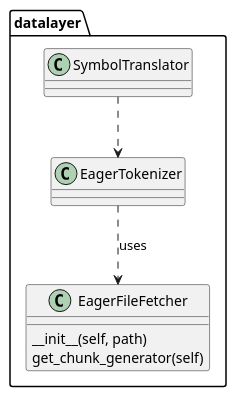
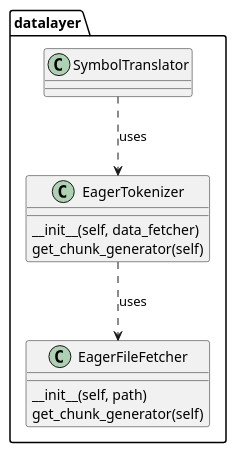
Before and after one commit to Michal-Stempkowski/sgcs: the diagram in sgcs/diagrams/datalayer.wsd, drawn with PlantUML. The commit also changed 2 other files, not shown here.

Commit message:
EagerTokenizer implemented

```diff
--- a/sgcs/diagrams/datalayer.wsd
+++ b/sgcs/diagrams/datalayer.wsd
@@ -1,15 +1,17 @@
 @startuml
 
 package datalayer {
     class SymbolTranslator
-    SymbolTranslator ..> EagerTokenizer
+    SymbolTranslator ..> EagerTokenizer: uses
 
     class EagerFileFetcher
     EagerFileFetcher : __init__(self, path)
     EagerFileFetcher : get_chunk_generator(self)
 
     class EagerTokenizer
+    EagerTokenizer : __init__(self, data_fetcher)
+    EagerTokenizer : get_chunk_generator(self)
     EagerTokenizer ..> EagerFileFetcher: uses
 }
 
 @enduml
```
